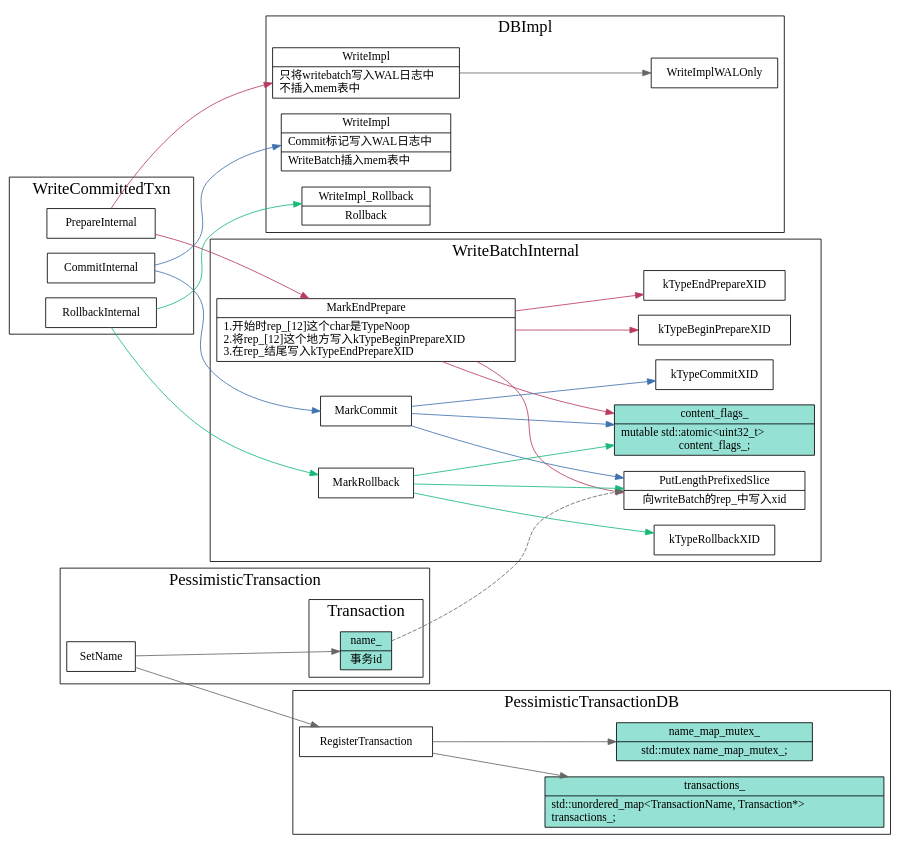
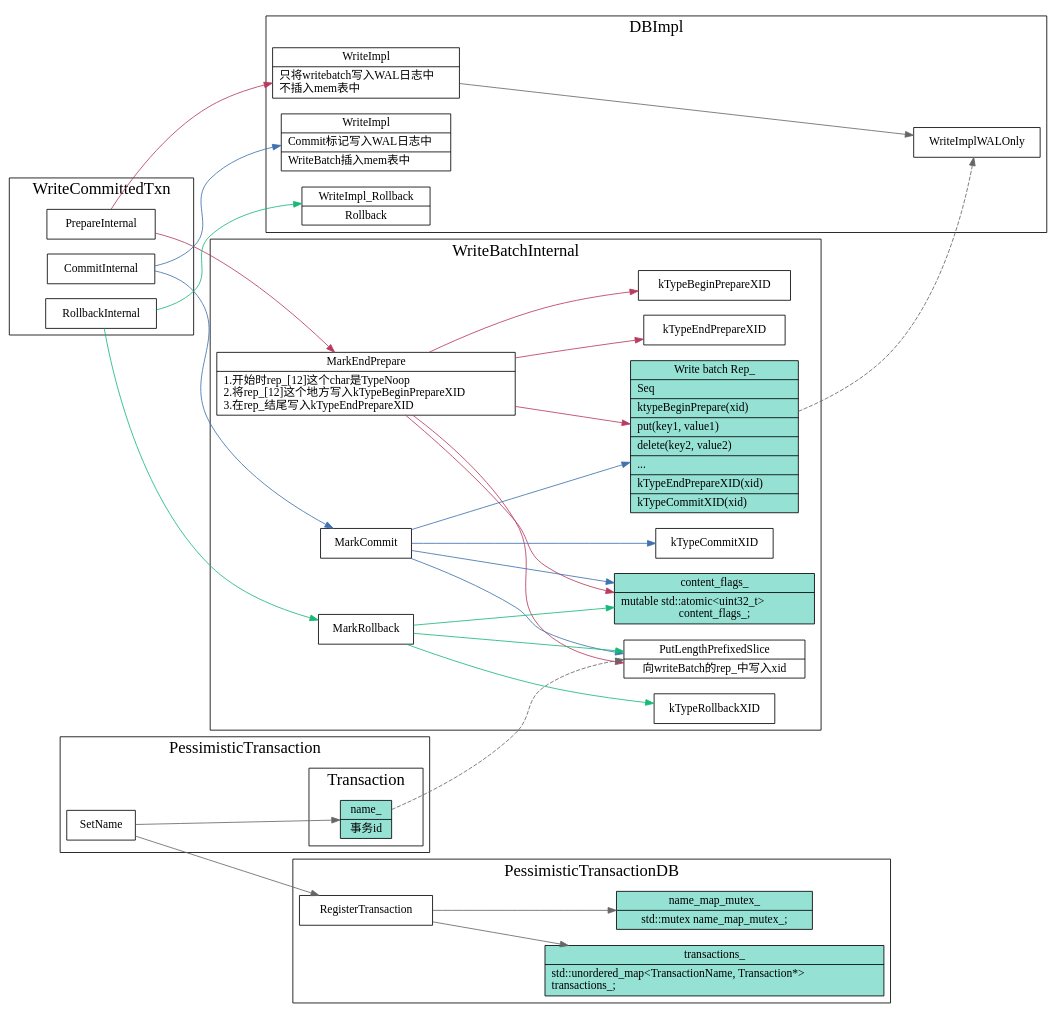
Before and after one commit to xieyu/blog: the diagram in src/rocksdb/two-phase-commit-write-batch.dot, drawn with Graphviz. The commit also changed 7 other files, not shown here.

Commit message:
add blog about two phase commit recover

```diff
--- a/src/rocksdb/two-phase-commit-write-batch.dot
+++ b/src/rocksdb/two-phase-commit-write-batch.dot
@@ -1,146 +1,170 @@
 digraph two_phase_commit_write_batch {
   node[shape=box];
   edge[color=gray40];
   newrank=true;
   rankdir=LR;
+  subgraph cluster_PrepasePhase {
+    graph[label="PrepasePhase";fontsize=20;];
+  } // end of PrepasePhase
 
   subgraph cluster_DBImpl {
     graph[label="DBImpl";fontsize=20;];
     WriteImpl_Prepare -> WriteImplWALOnly;
     WriteImpl_Prepare[
       shape="record"
       label="{{
         WriteImpl|
         只将writebatch写入WAL日志中\l
         不插入mem表中\l
       }}"
     ];
     WriteImpl_Commited[
       shape="record"
       label="{{
         WriteImpl|
         Commit标记写入WAL日志中\l|
         WriteBatch插入mem表中\l
       }}"
     ];
     WriteImpl_Rollback[
       shape="record"
       label="{{
         WriteImpl_Rollback|
         Rollback
       }}"
     ];
   }
+
+  WAL_REP -> WriteImplWALOnly[style=dashed];
+
   subgraph cluster_WriteBatchInternal {
     graph[label="WriteBatchInternal";fontsize=20;];
     MarkEndPrepare[
       shape="record"
       label="{{
         MarkEndPrepare|
         1.开始时rep_[12]这个char是TypeNoop\l
         2.将rep_[12]这个地方写入kTypeBeginPrepareXID\l
         3.在rep_结尾写入kTypeEndPrepareXID\l
       }}"
     ];
     MarkEndPrepare -> {
       kTypeBeginPrepareXID;
       kTypeEndPrepareXID;
       PutLengthPrefixedSlice;
       content_flags_;
+      WAL_REP;
     }[color="#b83b5e"];
 
     MarkCommit -> {
       kTypeCommitXID;
       PutLengthPrefixedSlice;
       content_flags_;
+      WAL_REP:commit;
     }[color="#3f72af"];
 
     MarkRollback -> {
       kTypeRollbackXID;
       PutLengthPrefixedSlice;
       content_flags_;
     }[color="#17b978"];
 
     content_flags_[
       shape="record";
       fillcolor="#95e1d3"
       style=filled;
       label="{{
         content_flags_|
           mutable std::atomic\<uint32_t\>\l content_flags_;
       }}"
     ];
     PutLengthPrefixedSlice[
       shape="record"
       label="{{
         PutLengthPrefixedSlice|
         向writeBatch的rep_中写入xid
       }}"
+    ];
+
+    WAL_REP[
+      shape="record";
+      fillcolor="#95e1d3"
+      style=filled;
+      label="{{
+        Write batch Rep_|
+          Seq\l|
+          ktypeBeginPrepare(xid)\l|
+          put(key1, value1)\l|
+          delete(key2, value2)\l|
+          ...\l|
+          kTypeEndPrepareXID(xid)\l|
+          <commit> kTypeCommitXID(xid)\l
+      }}";
     ];
   }
 
   subgraph cluster_PessimisticTransactionDB {
     graph[label="PessimisticTransactionDB";fontsize=20;];
     RegisterTransaction -> {
       transactions_;
       name_map_mutex_;
     }
     transactions_[
       shape="record";
       fillcolor="#95e1d3"
       style=filled;
       label="{{
         transactions_|
           std::unordered_map\<TransactionName, Transaction*\>\l  transactions_;\l
       }}"
     ];
     name_map_mutex_[
       shape="record";
       fillcolor="#95e1d3"
       style=filled;
       label="{{
         name_map_mutex_|
           std::mutex name_map_mutex_;
       }}"
     ];
   }
   subgraph cluster_PessmisticTransaction {
     graph[label="PessimisticTransaction";fontsize=20;];
     subgraph cluster_Transaction {
       graph[label="Transaction";fontsize=20;];
       name_[
         shape="record";
         fillcolor="#95e1d3"
         style=filled;
         label="{{
           name_|
           事务id
         }}"
       ];
       name_ -> PutLengthPrefixedSlice[style=dashed];
     }
     SetName -> {
       name_;
       RegisterTransaction;
     }
   }
 
   subgraph cluster_WriteCommittedTxn {
     graph[label="WriteCommittedTxn";fontsize=20;];
     PrepareInternal -> { 
       MarkEndPrepare;
       WriteImpl_Prepare;
     }[color="#b83b5e"];
 
     CommitInternal -> {
       MarkCommit;
       WriteImpl_Commited;
     }[color="#3f72af"];
 
     RollbackInternal -> {
       MarkRollback 
       WriteImpl_Rollback;
     } [color="#17b978"];
   }
 
 }
```
